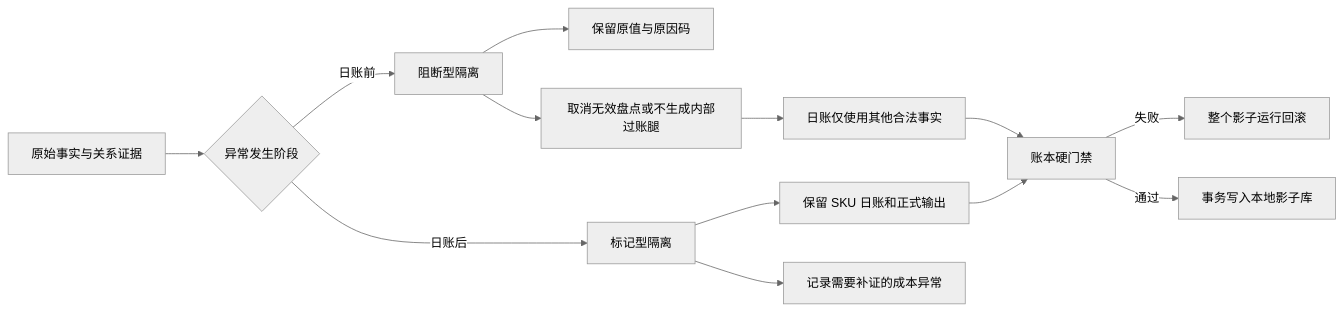
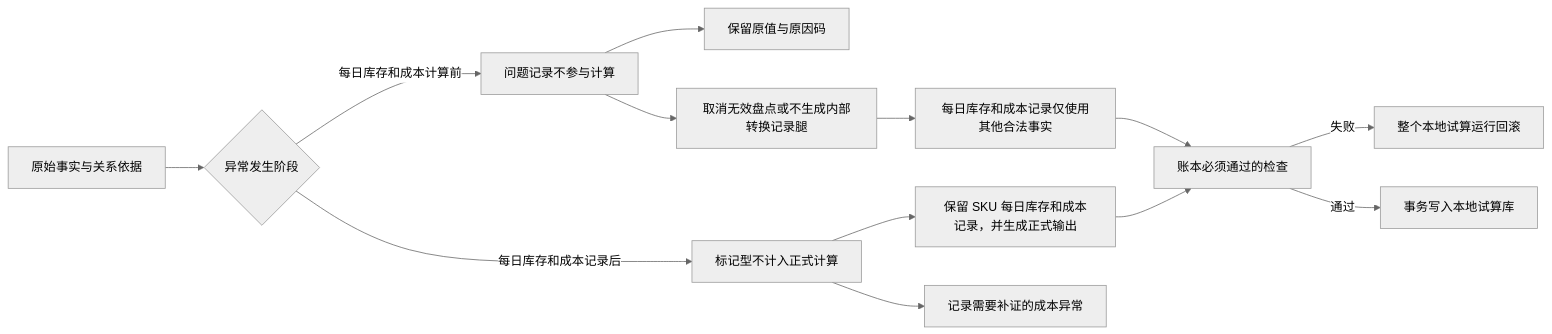
The fifth of 5 diagrams in fmetl/docs/architecture/V0.14_IMPLEMENTED_ARCHITECTURE.md (kate636/cuihua-data), drawn with Mermaid (neutral theme) before and after one commit. The commit also changed other lines of this file and 42 other files, not shown here.

````diff
--- a/fmetl/docs/architecture/V0.14_IMPLEMENTED_ARCHITECTURE.md
+++ b/fmetl/docs/architecture/V0.14_IMPLEMENTED_ARCHITECTURE.md
@@ -385,15 +385,15 @@
 ```mermaid
 flowchart LR
-    A["原始事实与关系证据"] --> B{"异常发生阶段"}
-    B -->|"日账前"| C["阻断型隔离"]
+    A["原始事实与关系依据"] --> B{"异常发生阶段"}
+    B -->|"每日库存和成本计算前"| C["问题记录不参与计算"]
     C --> D["保留原值与原因码"]
-    C --> E["取消无效盘点或不生成内部过账腿"]
-    E --> F["日账仅使用其他合法事实"]
-    B -->|"日账后"| G["标记型隔离"]
-    G --> H["保留 SKU 日账和正式输出"]
+    C --> E["取消无效盘点或不生成内部转换记录腿"]
+    E --> F["每日库存和成本记录仅使用其他合法事实"]
+    B -->|"每日库存和成本记录后"| G["标记型不计入正式计算"]
+    G --> H["保留 SKU 每日库存和成本记录，并生成正式输出"]
     G --> I["记录需要补证的成本异常"]
-    F --> J["账本硬门禁"]
+    F --> J["账本必须通过的检查"]
     H --> J
-    J -->|"失败"| K["整个影子运行回滚"]
-    J -->|"通过"| L["事务写入本地影子库"]
+    J -->|"失败"| K["整个本地试算运行回滚"]
+    J -->|"通过"| L["事务写入本地试算库"]
 ```
````
